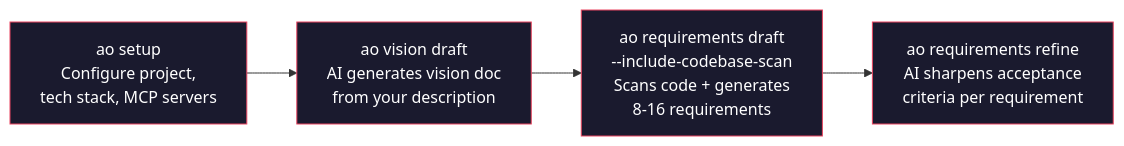
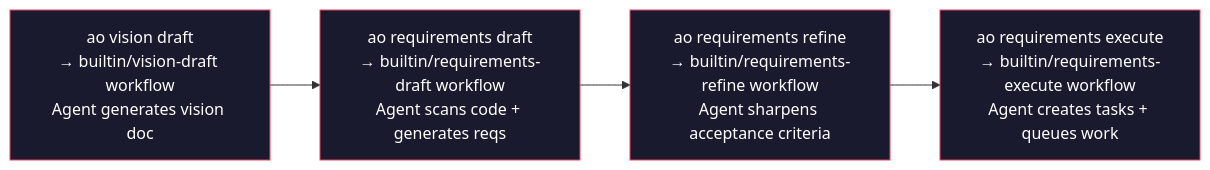
One commit to launchapp-dev/ao-cli changed the seventh of 12 diagrams in docs/how-ao-works.md. Above: the diagram before and after it, drawn with Mermaid. The commit also changed other lines of this file and 1 other file, not shown here.

First line of the commit message:
docs: define workflow-first CLI target architecture

````diff
--- a/docs/how-ao-works.md
+++ b/docs/how-ao-works.md
@@ -63,12 +304,12 @@
 ```mermaid
 flowchart LR
-    A["ao setup<br/>Configure project,<br/>tech stack, MCP servers"]
-    --> B["ao vision draft<br/>AI generates vision doc<br/>from your description"]
-    --> C["ao requirements draft<br/>--include-codebase-scan<br/>Scans code + generates<br/>8-16 requirements"]
-    --> D["ao requirements refine<br/>AI sharpens acceptance<br/>criteria per requirement"]
+    A["ao vision draft<br/>→ builtin/vision-draft workflow<br/>Agent generates vision doc"]
+    --> B["ao requirements draft<br/>→ builtin/requirements-draft workflow<br/>Agent scans code + generates reqs"]
+    --> C["ao requirements refine<br/>→ builtin/requirements-refine workflow<br/>Agent sharpens acceptance criteria"]
+    --> D["ao requirements execute<br/>→ builtin/requirements-execute workflow<br/>Agent creates tasks + queues work"]
 
     style A fill:#1a1a2e,stroke:#e94560,color:#fff
     style B fill:#1a1a2e,stroke:#e94560,color:#fff
     style C fill:#1a1a2e,stroke:#e94560,color:#fff
     style D fill:#1a1a2e,stroke:#e94560,color:#fff
 ```
````
